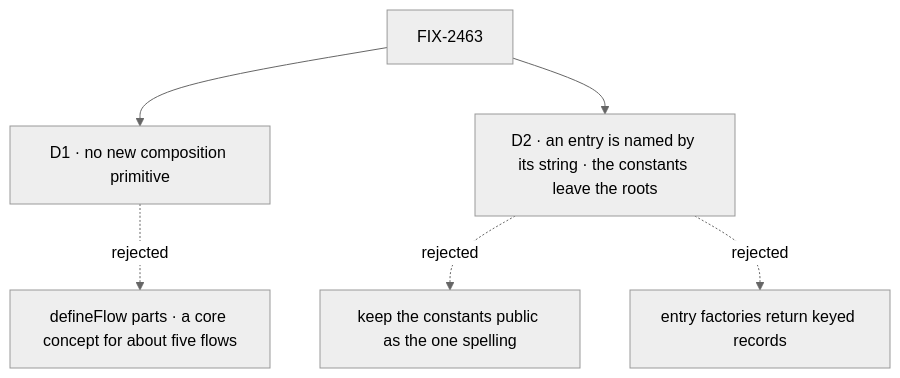
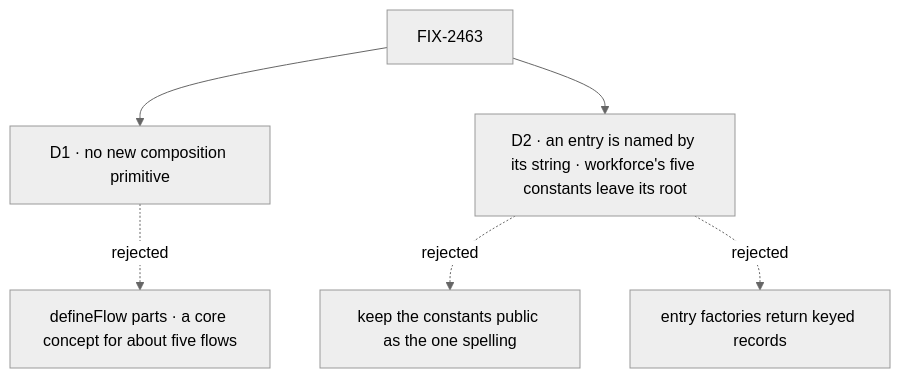
One commit to fixpoint-labs/flow-state-dev changed the diagram in specs/issues/FIX-2463/DECISIONS.md. Above: the diagram before and after it, drawn with Mermaid (neutral theme). The commit also changed other lines of this file and 5 other files, not shown here.

````diff
--- a/specs/issues/FIX-2463/DECISIONS.md
+++ b/specs/issues/FIX-2463/DECISIONS.md
@@ -12,8 +13,8 @@
 ```mermaid
 flowchart TD
   I["FIX-2463"] --> D1["D1 · no new composition primitive"]
   D1 -.->|"rejected"| X1["defineFlow parts · a core concept for about five flows"]
-  I --> D2["D2 · an entry is named by its string · the constants leave the roots"]
+  I --> D2["D2 · an entry is named by its string · workforce's five constants leave its root"]
   D2 -.->|"rejected"| X2["keep the constants public as the one spelling"]
   D2 -.->|"rejected"| X3["entry factories return keyed records"]
 ```
````
